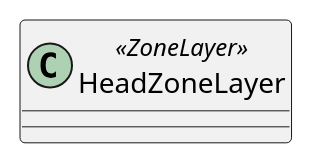
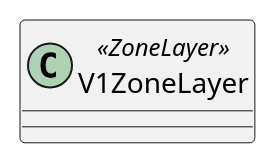
One commit to tunepruner/FingerPerc changed diagram 16 of 31 in app/Documentation/Declarations.puml. Above: the diagram before and after it, drawn with PlantUML. The commit also changed other lines of this file and 25 other files, not shown here.

```diff
--- a/app/Documentation/Declarations.puml
+++ b/app/Documentation/Declarations.puml
@@ -125,5 +121,5 @@
-@startuml(id=HeadZoneLayer)
-class HeadZoneLayer<<ZoneLayer>>{
+@startuml(id=V1ZoneLayer)
+class V1ZoneLayer<<ZoneLayer>>{
 
 }
 @enduml
```
